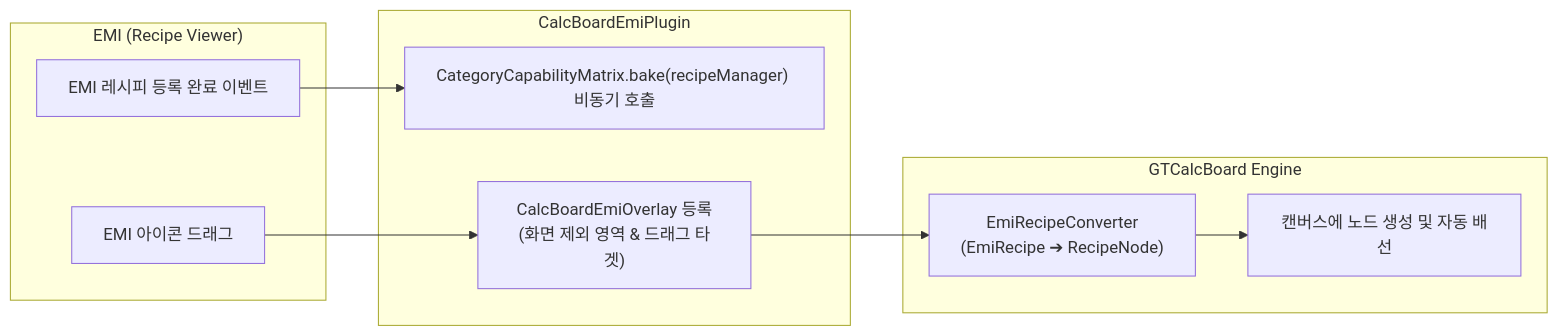
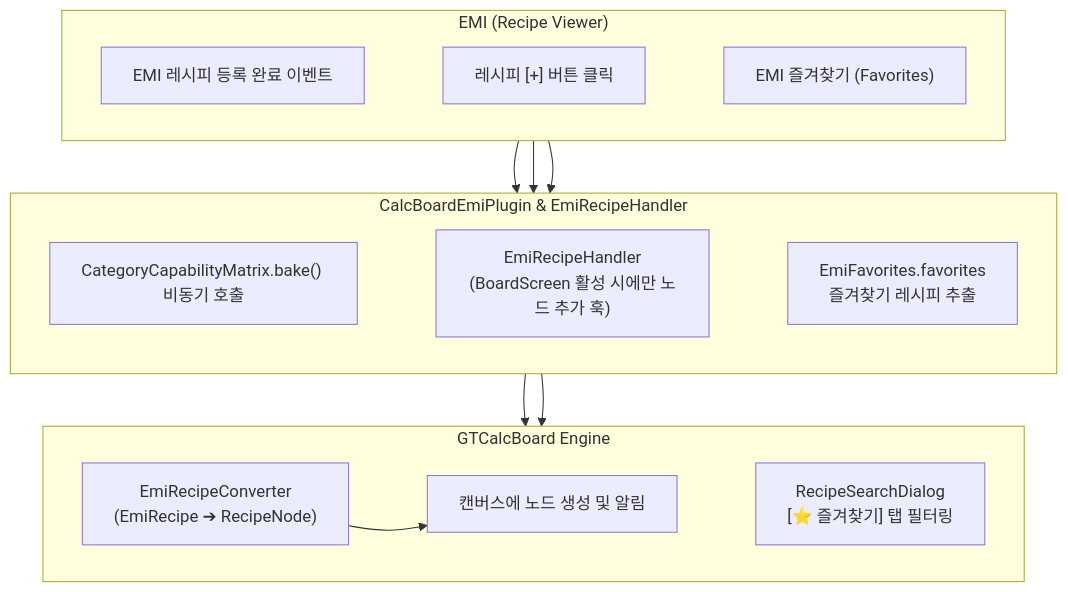
Before and after one commit to Amvermain/GregTechCalculatorBoard: the diagram in docs/ko_kr/spec/05_INTEGRATION_AND_I18N.md, drawn with Mermaid. The commit also changed other lines of this file and 27 other files, not shown here.

````diff
--- a/docs/ko_kr/spec/05_INTEGRATION_AND_I18N.md
+++ b/docs/ko_kr/spec/05_INTEGRATION_AND_I18N.md
@@ -12,20 +12,21 @@
 ```mermaid
-flowchart LR
+flowchart TB
     subgraph EMI["EMI (Recipe Viewer)"]
-        REG["EMI 레시피 등록 완료 이벤트"]
-        DRAG["EMI 아이콘 드래그"]
+        direction LR
+        REG["EMI 레시피 등록 완료 이벤트"] ~~~ PLUS["레시피 [+] 버튼 클릭"] ~~~ FAV["EMI 즐겨찾기 (Favorites)"]
     end
 
-    subgraph Plugin["CalcBoardEmiPlugin"]
-        BAKE_TRIGGER["CategoryCapabilityMatrix.bake(recipeManager) 비동기 호출"]
-        OVERLAY["CalcBoardEmiOverlay 등록\n(화면 제외 영역 & 드래그 타겟)"]
+    subgraph Plugin["CalcBoardEmiPlugin & EmiRecipeHandler"]
+        direction LR
+        BAKE_TRIGGER["CategoryCapabilityMatrix.bake() 비동기 호출"] ~~~ HOOK["EmiRecipeHandler<br/>(BoardScreen 활성 시에만 노드 추가 훅)"] ~~~ FAV_LOAD["EmiFavorites.favorites<br/>즐겨찾기 레시피 추출"]
     end
 
     subgraph Board["GTCalcBoard Engine"]
-        CONVERT["EmiRecipeConverter\n(EmiRecipe ➔ RecipeNode)"]
-        SPAWN["캔버스에 노드 생성 및 자동 배선"]
+        direction LR
+        CONVERT["EmiRecipeConverter<br/>(EmiRecipe ➔ RecipeNode)"] ~~~ SPAWN["캔버스에 노드 생성 및 알림"] ~~~ SEARCH_UI["RecipeSearchDialog<br/>[⭐ 즐겨찾기] 탭 필터링"]
     end
 
     REG --> BAKE_TRIGGER
-    DRAG --> OVERLAY --> CONVERT --> SPAWN
+    PLUS --> HOOK --> CONVERT --> SPAWN
+    FAV --> FAV_LOAD --> SEARCH_UI
 ```
````
